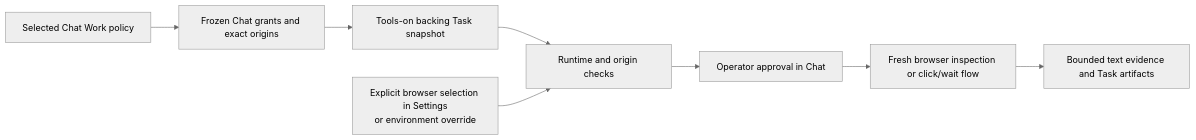
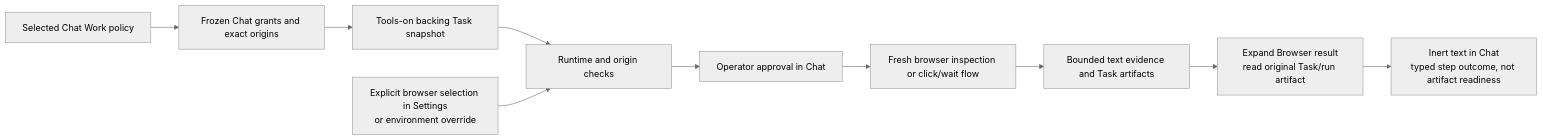
Before and after one commit to hecatehq/hecate: the first of 3 diagrams in docs/runtime/chat-sessions.md, drawn with Mermaid (neutral theme). The commit also changed other lines of this file and 24 other files, not shown here.

Commit message:
feat(chat): display retained browser results inline

````diff
--- a/docs/runtime/chat-sessions.md
+++ b/docs/runtime/chat-sessions.md
@@ -219,10 +230,12 @@
 ```mermaid
 flowchart LR
     Policy["Selected Chat Work policy"] --> Snapshot["Frozen Chat grants and exact origins"]
     Snapshot --> Task["Tools-on backing Task snapshot"]
     Task --> Gate["Runtime and origin checks"]
     Setup["Explicit browser selection in Settings<br/>or environment override"] --> Gate
     Gate --> Approval["Operator approval in Chat"]
     Approval --> Browser["Fresh browser inspection or click/wait flow"]
     Browser --> Evidence["Bounded text evidence and Task artifacts"]
+    Evidence --> Read["Expand Browser result<br/>read original Task/run artifact"]
+    Read --> Chat["Inert text in Chat<br/>typed step outcome, not artifact readiness"]
 ```
````
